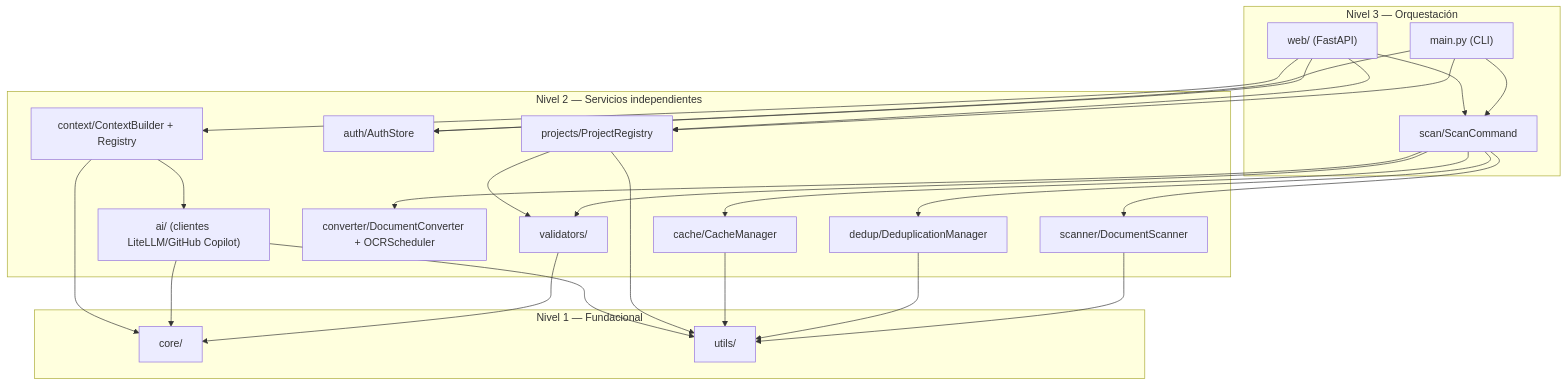
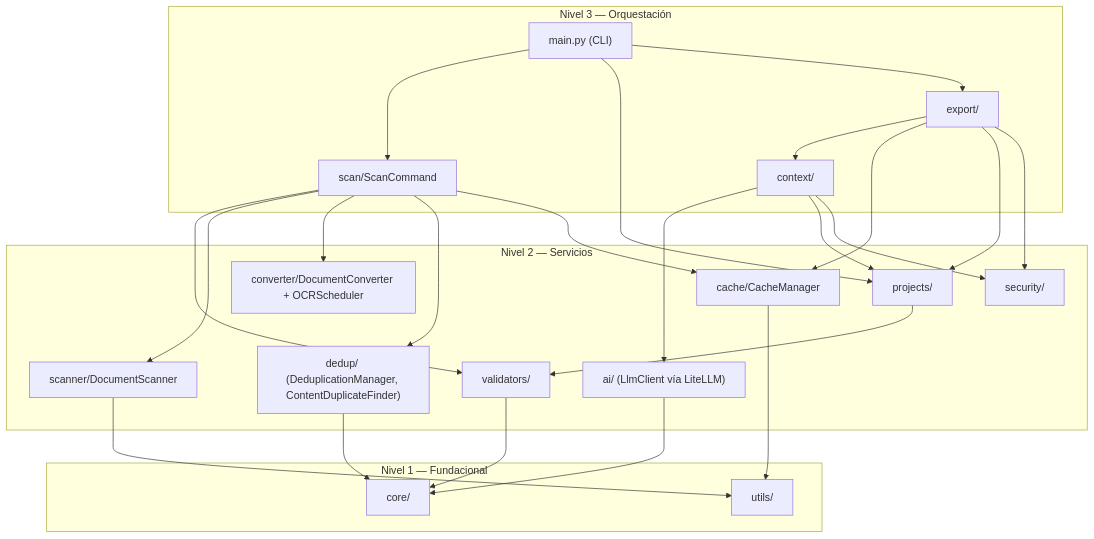
One commit to fmanza/doc_organize changed the diagram in .ai/architecture.md. Above: the diagram before and after it, drawn with Mermaid. The commit also changed other lines of this file and 57 other files, not shown here.

````diff
--- a/.ai/architecture.md
+++ b/.ai/architecture.md
@@ -69,45 +67,44 @@
 ```mermaid
 graph TB
     subgraph L3["Nivel 3 — Orquestación"]
         CLI["main.py (CLI)"]
         ScanCmd["scan/ScanCommand"]
-        Web["web/ (FastAPI)"]
+        Context["context/"]
+        Export["export/"]
     end
-    subgraph L2["Nivel 2 — Servicios independientes"]
+    subgraph L2["Nivel 2 — Servicios"]
         Validators["validators/"]
         Scanner["scanner/DocumentScanner"]
         Converter["converter/DocumentConverter + OCRScheduler"]
-        Dedup["dedup/DeduplicationManager"]
+        Dedup["dedup/ (DeduplicationManager, ContentDuplicateFinder)"]
         Cache["cache/CacheManager"]
-        Projects["projects/ProjectRegistry"]
-        Auth["auth/AuthStore"]
-        Ai["ai/ (clientes LiteLLM/GitHub Copilot)"]
-        Context["context/ContextBuilder + Registry"]
+        Projects["projects/"]
+        Security["security/"]
+        Ai["ai/ (LlmClient vía LiteLLM)"]
     end
     subgraph L1["Nivel 1 — Fundacional"]
         Core["core/"]
         Utils["utils/"]
     end
     CLI --> ScanCmd
-    Web --> ScanCmd
     CLI --> Projects
-    Web --> Projects
-    Web --> Auth
-    CLI --> Auth
-    Web --> Context
+    CLI --> Export
     ScanCmd --> Validators
     ScanCmd --> Scanner
     ScanCmd --> Converter
     ScanCmd --> Dedup
     ScanCmd --> Cache
-    Validators --> Core
-    Scanner --> Utils
-    Dedup --> Utils
-    Cache --> Utils
-    Projects --> Utils
+    Context --> Ai
+    Context --> Projects
+    Context --> Security
+    Export --> Context
+    Export --> Cache
+    Export --> Projects
+    Export --> Security
     Projects --> Validators
     Ai --> Core
-    Ai --> Utils
-    Context --> Core
-    Context --> Ai
+    Dedup --> Core
+    Scanner --> Utils
+    Cache --> Utils
+    Validators --> Core
 ```
````
